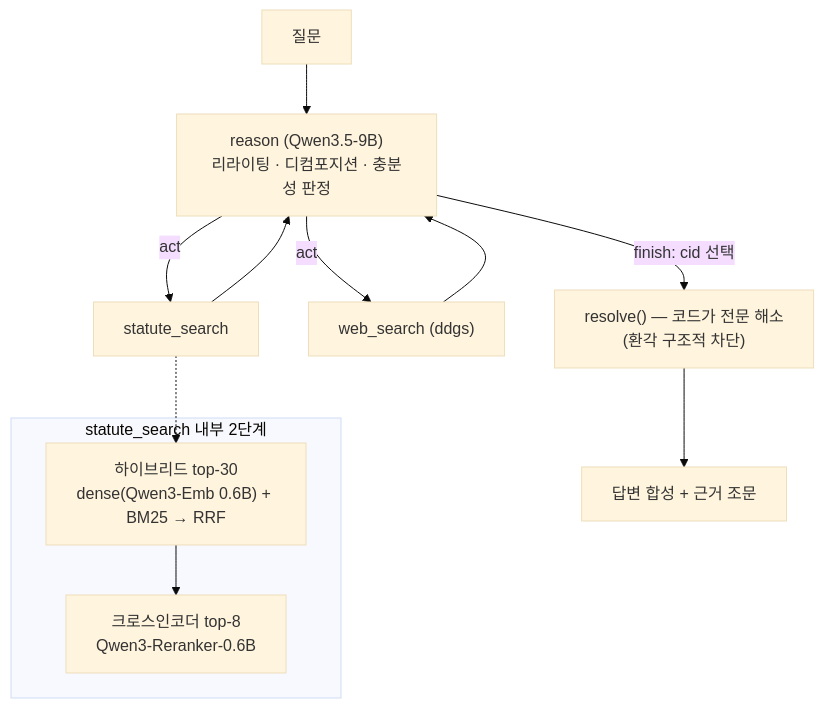
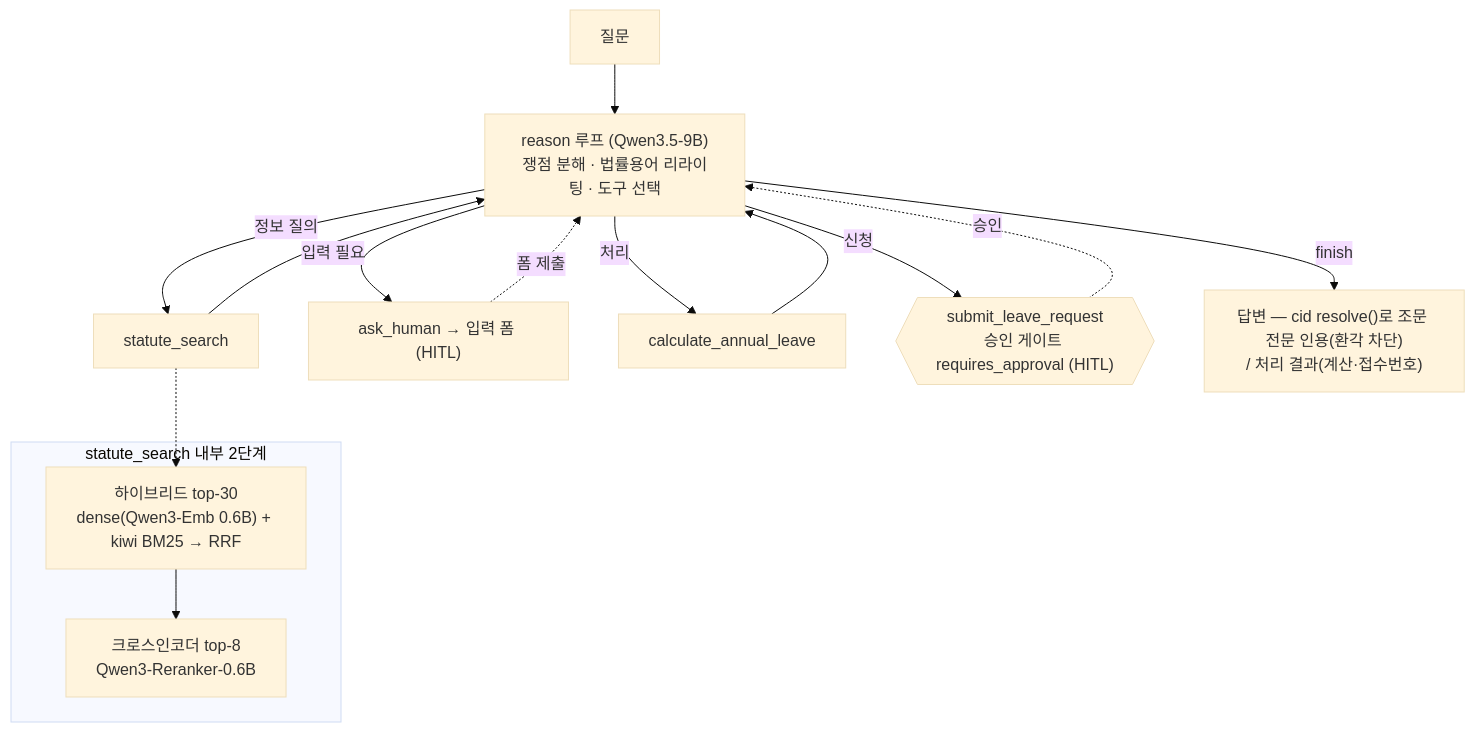
Before and after one commit to Taeksu-Kim/agentic_rag: the diagram in README.md, drawn with Mermaid (base theme). The commit also changed other lines of this file, not shown here.

Commit message:
docs: README 정리 — 아키텍처에 HITL·처리툴 반영, 상단 동영상 embed, 한계·회고 섹션 축약
- mermaid: statute_search 외 ask_human(입력폼)·계산·신청(승인 게이트) + HITL 반영
- 상단 GIF → mp4 <video> embed (+ gif/mp4 폴백 링크)
- 한계·개발회고 섹션 제거 → 정직한 네거티브·postmortem은 한 줄 포인터로 축약
  (핵심 결과 §3이 이미 에이전트 미역전 네거티브를 담음)

````diff
--- a/README.md
+++ b/README.md
@@ -97,15 +99,20 @@
 ```mermaid
 flowchart TD
-    Q[질문] --> P["reason (Qwen3.5-9B)\n리라이팅 · 디컴포지션 · 충분성 판정"]
-    P -->|act| S[statute_search]
-    P -->|act| W["web_search (ddgs)"]
+    Q[질문] --> P["reason 루프 (Qwen3.5-9B)\n쟁점 분해 · 법률용어 리라이팅 · 도구 선택"]
+
+    P -->|정보 질의| S[statute_search]
     S --> P
-    W --> P
-    P -->|finish: cid 선택| R["resolve() — 코드가 전문 해소\n(환각 구조적 차단)"]
-    R --> A[답변 합성 + 근거 조문]
+    P -->|입력 필요| H["ask_human → 입력 폼 (HITL)"]
+    H -.->|폼 제출| P
+    P -->|처리| C[calculate_annual_leave]
+    C --> P
+    P -->|신청| G{{"submit_leave_request\n승인 게이트 requires_approval (HITL)"}}
+    G -.->|승인| P
+
+    P -->|finish| A["답변 — cid resolve()로 조문 전문 인용(환각 차단)\n/ 처리 결과(계산·접수번호)"]
 
     subgraph statute_search 내부 2단계
-        S1["하이브리드 top-30\ndense(Qwen3-Emb 0.6B) + BM25 → RRF"] --> S2["크로스인코더 top-8\nQwen3-Reranker-0.6B"]
+        S1["하이브리드 top-30\ndense(Qwen3-Emb 0.6B) + kiwi BM25 → RRF"] --> S2["크로스인코더 top-8\nQwen3-Reranker-0.6B"]
     end
     S -.-> S1
 ```
````
